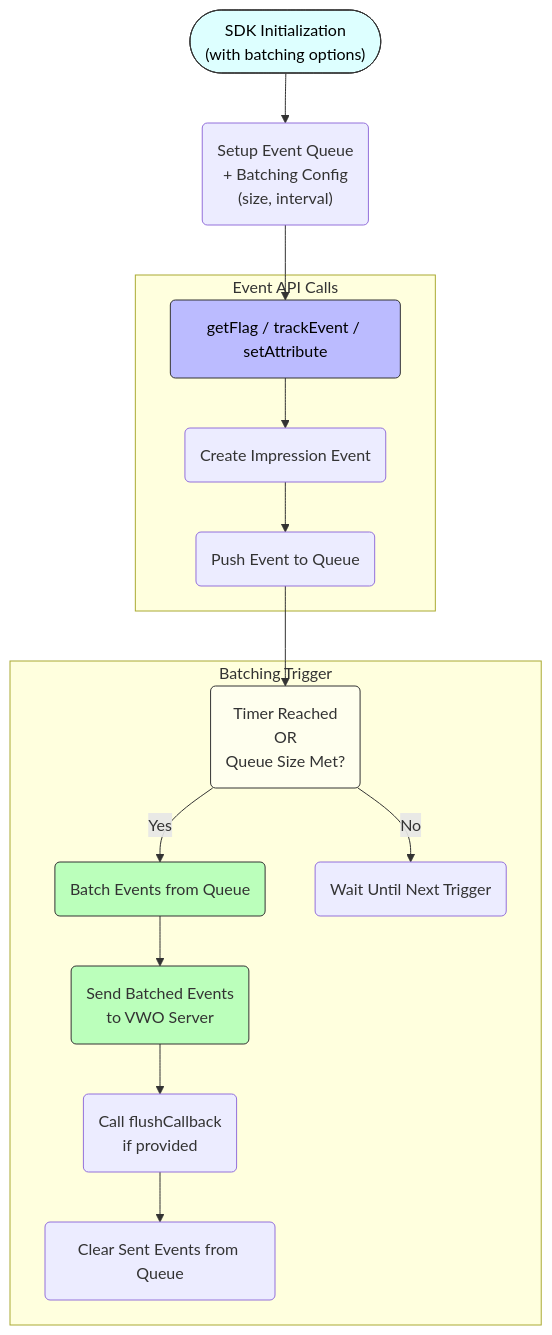
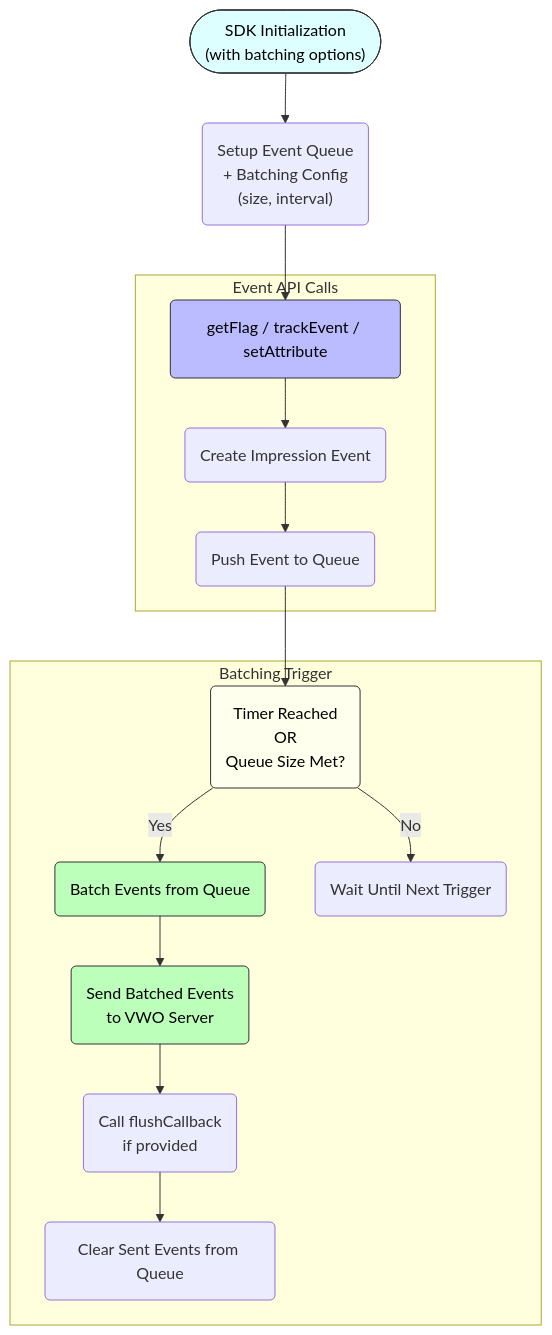
Before and after one commit to wingify/readme-central: the second of 3 diagrams in docs/SDK Reference/fme-sdks-working.md, drawn with Mermaid. The commit also changed other lines of this file, not shown here.

````diff
--- a/docs/SDK Reference/fme-sdks-working.md
+++ b/docs/SDK Reference/fme-sdks-working.md
@@ -103,34 +103,36 @@
 ```mermaid
 flowchart TD
     A0(["SDK Initialization<br/>(with batching options)"]) --> A1("Setup Event Queue<br/>+ Batching Config<br/>(size, interval)")
     
     subgraph Event API Calls
         A2("getFlag / trackEvent / setAttribute") --> A3("Create Impression Event")
         A3 --> A4("Push Event to Queue")
     end
 
     A1 --> A2
 
     subgraph Batching Trigger
         B1("Timer Reached<br/>OR<br/>Queue Size Met?")
         A4 --> B1
         B1 -- Yes --> B2("Batch Events from Queue")
         B2 --> B3("Send Batched Events<br/>to VWO Server")
         B3 --> B4("Call flushCallback<br/>if provided")
         B4 --> B5("Clear Sent Events from Queue")
         B1 -- No --> C1("Wait Until Next Trigger")
     end
     
     %% Assign classes
     class A0 init
     class A2 apis
+    class B2 batch
+    class B3 flushcallback
+    class B1 ifbatch
 
     %% Define styles
     classDef init fill:#dff,stroke:#333,stroke-width:1px,color:#000
     classDef apis fill:#bbf,stroke:#333,color:#000
-
-    style B2 fill:#bfb,stroke:#333
-    style B3 fill:#bfb,stroke:#333
-    style B1 fill:#ffe,stroke:#333
+    classDef batch fill:#bfb,stroke:#333,color:#000
+    classDef flushcallback fill:#bfb,stroke:#333,color:#000
+    classDef ifbatch fill:#ffe,stroke:#333,color:#000
 
 ```
````
